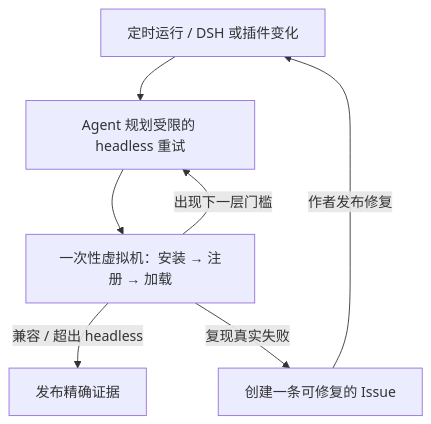
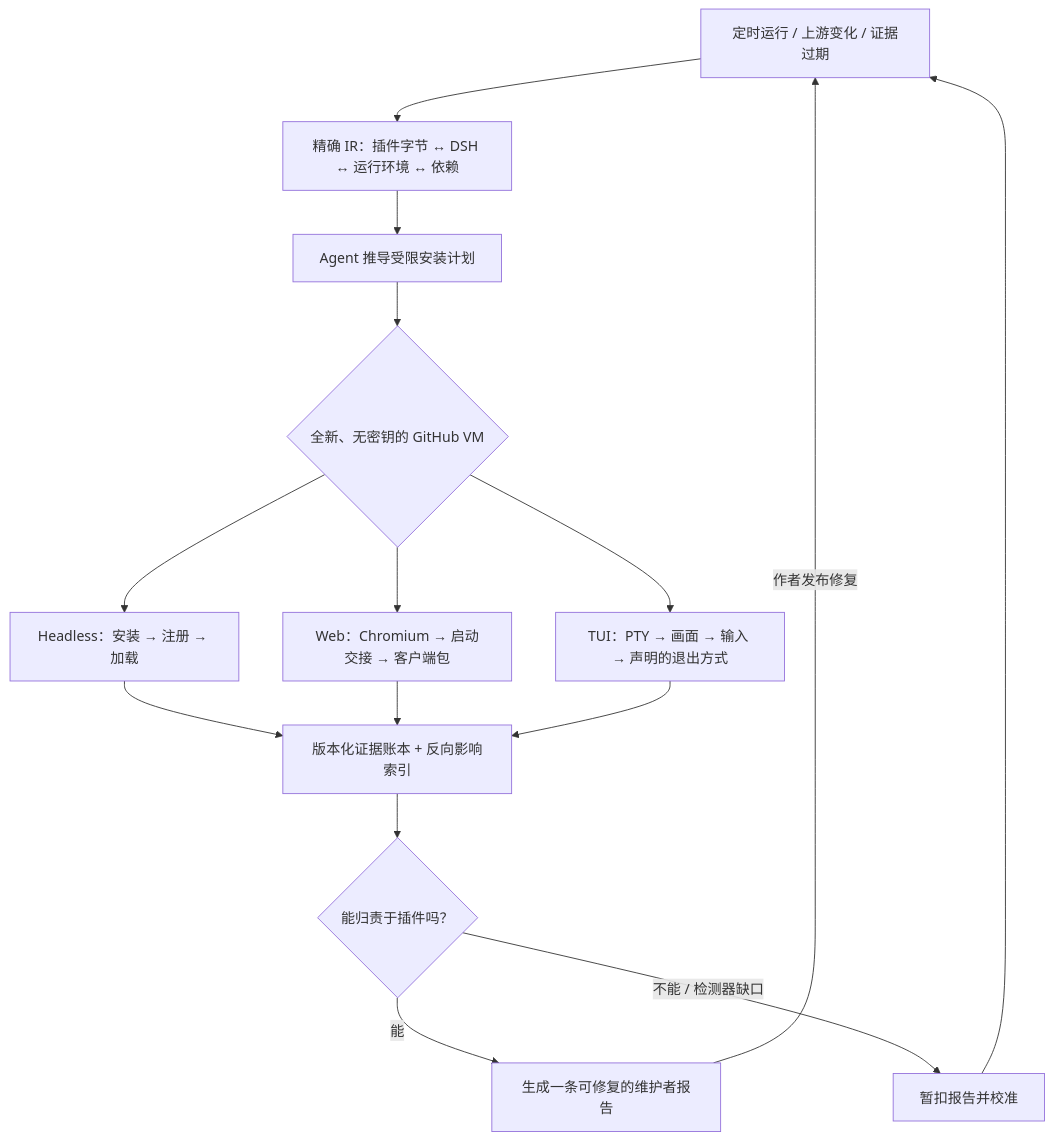
One commit to MicroMilo/upstream-radar changed the diagram in README-zh-CN.md. Above: the diagram before and after it, drawn with Mermaid. The commit also changed other lines of this file and 29 other files, not shown here.

````diff
--- a/README-zh-CN.md
+++ b/README-zh-CN.md
@@ -46,9 +46,17 @@
 ```mermaid
 flowchart TB
-  Change["定时运行 / DSH 或插件变化"] --> Agent["Agent 规划受限的 headless 重试"]
-  Agent --> Runtime["一次性虚拟机：安装 → 注册 → 加载"]
-  Runtime -->|"出现下一层门槛"| Agent
-  Runtime -->|"兼容 / 超出 headless"| Evidence["发布精确证据"]
-  Runtime -->|"复现真实失败"| Issue["创建一条可修复的 Issue"]
-  Issue -->|"作者发布修复"| Change
+  Trigger["定时运行 / 上游变化 / 证据过期"] --> IR["精确 IR：插件字节 ↔ DSH ↔ 运行环境 ↔ 依赖"]
+  IR --> Agent["Agent 推导受限安装计划"]
+  Agent --> VM{"全新、无密钥的 GitHub VM"}
+  VM --> Headless["Headless：安装 → 注册 → 加载"]
+  VM --> Web["Web：Chromium → 启动交接 → 客户端包"]
+  VM --> TUI["TUI：PTY → 画面 → 输入 → 声明的退出方式"]
+  Headless --> Ledger["版本化证据账本 + 反向影响索引"]
+  Web --> Ledger
+  TUI --> Ledger
+  Ledger --> Decision{"能归责于插件吗？"}
+  Decision -->|"能"| Issue["生成一条可修复的维护者报告"]
+  Decision -->|"不能 / 检测器缺口"| Hold["暂扣报告并校准"]
+  Issue -->|"作者发布修复"| Trigger
+  Hold --> Trigger
 ```
````
